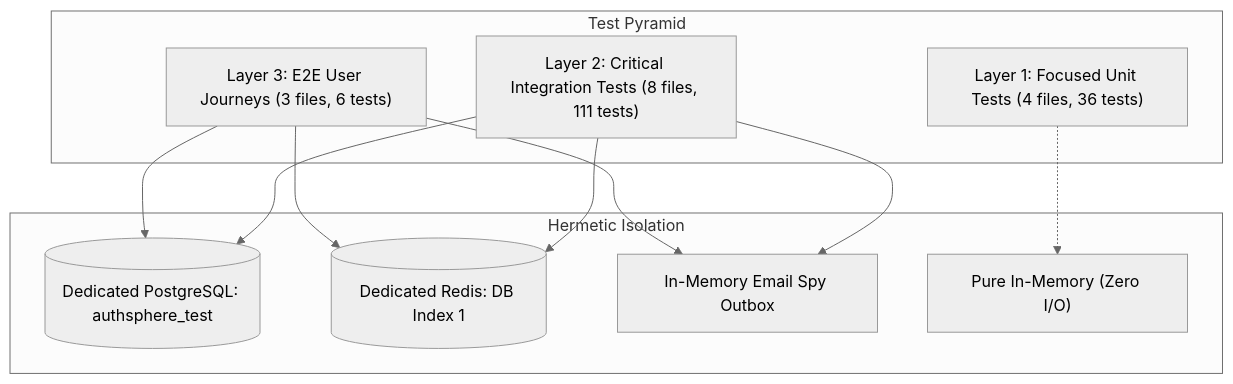
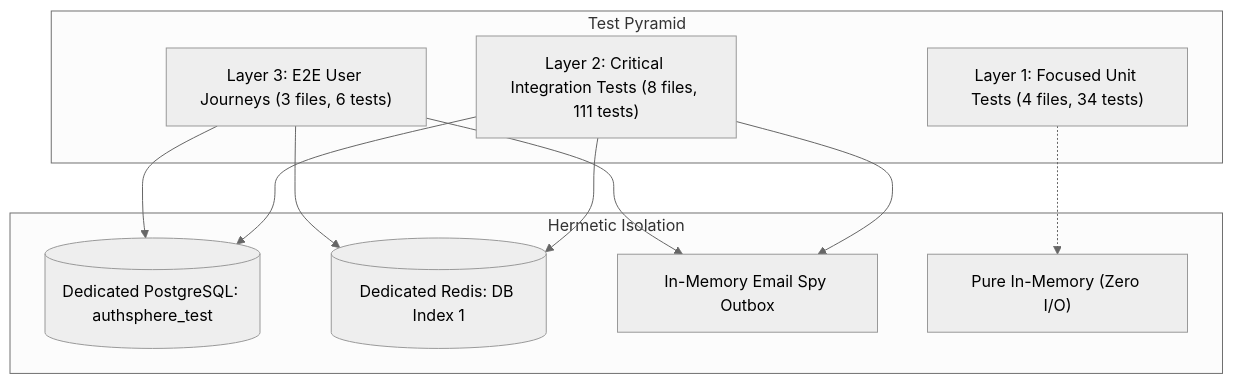
Before and after one commit to utkarshj014/authsphere: the ninth of 9 diagrams in docs/ARCHITECTURE.md, drawn with Mermaid (neutral theme). The commit also changed other lines of this file and 2 other files, not shown here.

````diff
--- a/docs/ARCHITECTURE.md
+++ b/docs/ARCHITECTURE.md
@@ -516,15 +516,15 @@
 ```mermaid
 graph TD
     subgraph Test Pyramid
         E2E["Layer 3: E2E User Journeys (3 files, 6 tests)"]
         INT["Layer 2: Critical Integration Tests (8 files, 111 tests)"]
-        UNIT["Layer 1: Focused Unit Tests (4 files, 36 tests)"]
+        UNIT["Layer 1: Focused Unit Tests (4 files, 34 tests)"]
     end
 
     subgraph Hermetic Isolation
         E2E & INT --> TestDB[("Dedicated PostgreSQL: authsphere_test")]
         E2E & INT --> TestRedis[("Dedicated Redis: DB Index 1")]
         E2E & INT --> EmailSpy["In-Memory Email Spy Outbox"]
         UNIT -.-> PureMemory["Pure In-Memory (Zero I/O)"]
     end
 ```
````
